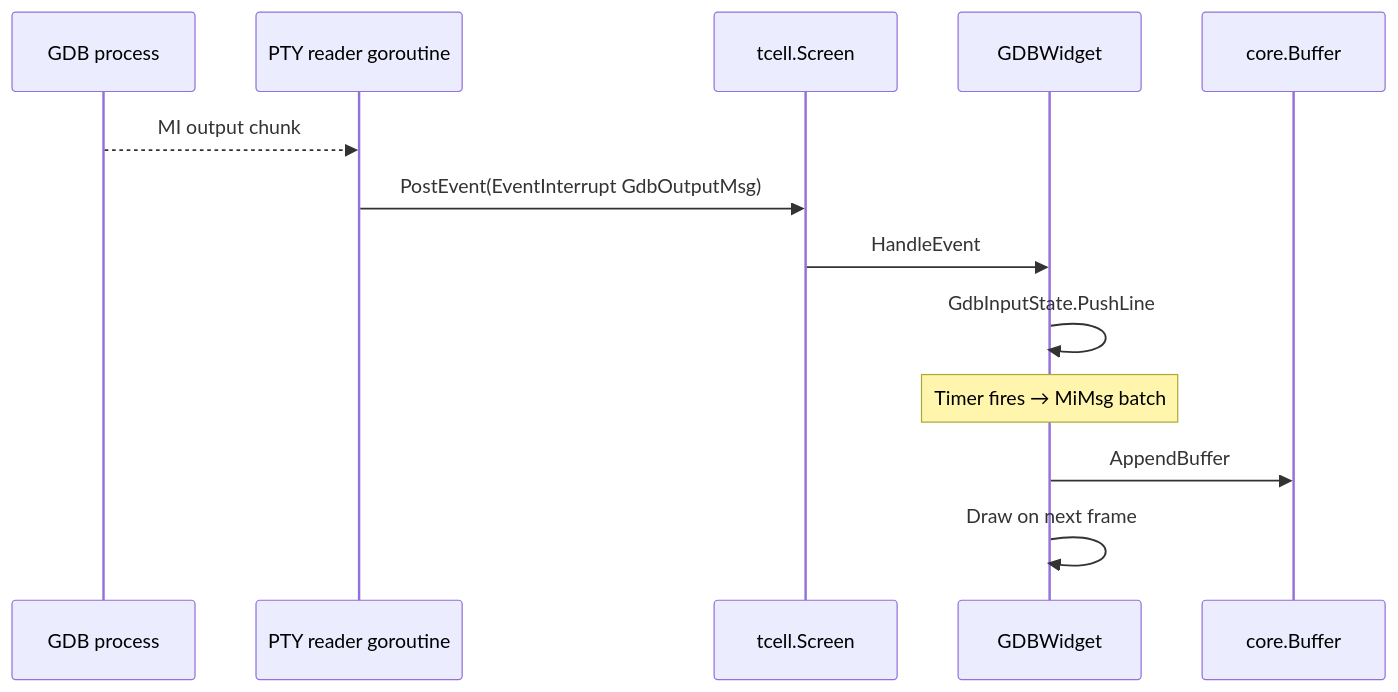
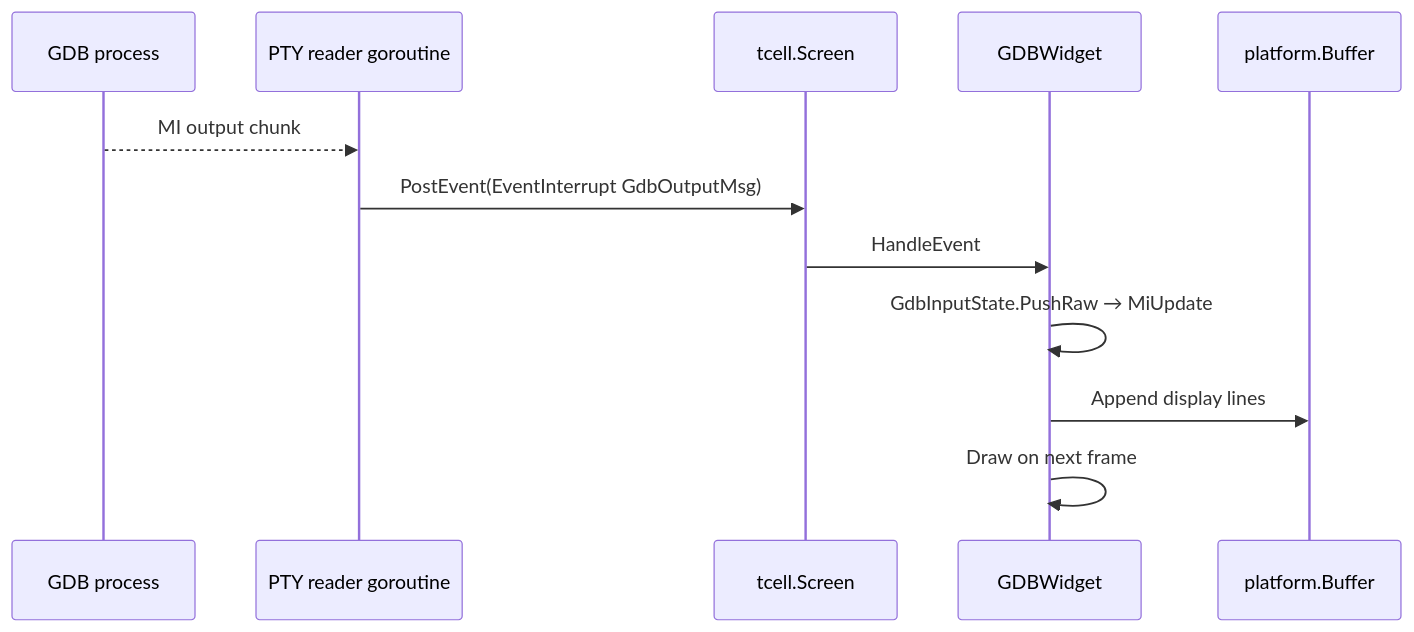
Before and after one commit to yairgd/gdbforge: the fourth of 7 diagrams in docs/ARCHITECTURE.md, drawn with Mermaid. The commit also changed 8 other files, not shown here.

````diff
--- a/docs/ARCHITECTURE.md
+++ b/docs/ARCHITECTURE.md
@@ -467,16 +467,15 @@
 ```mermaid
 sequenceDiagram
     participant GDB as GDB process
     participant PTY as PTY reader goroutine
     participant Screen as tcell.Screen
     participant Widget as GDBWidget
-    participant Buf as core.Buffer
+    participant Buf as platform.Buffer
 
     GDB-->>PTY: MI output chunk
     PTY->>Screen: PostEvent(EventInterrupt GdbOutputMsg)
     Screen->>Widget: HandleEvent
-    Widget->>Widget: GdbInputState.PushLine
-    Note over Widget: Timer fires → MiMsg batch
-    Widget->>Buf: AppendBuffer
+    Widget->>Widget: GdbInputState.PushRaw → MiUpdate
+    Widget->>Buf: Append display lines
     Widget->>Widget: Draw on next frame
 ```
````
